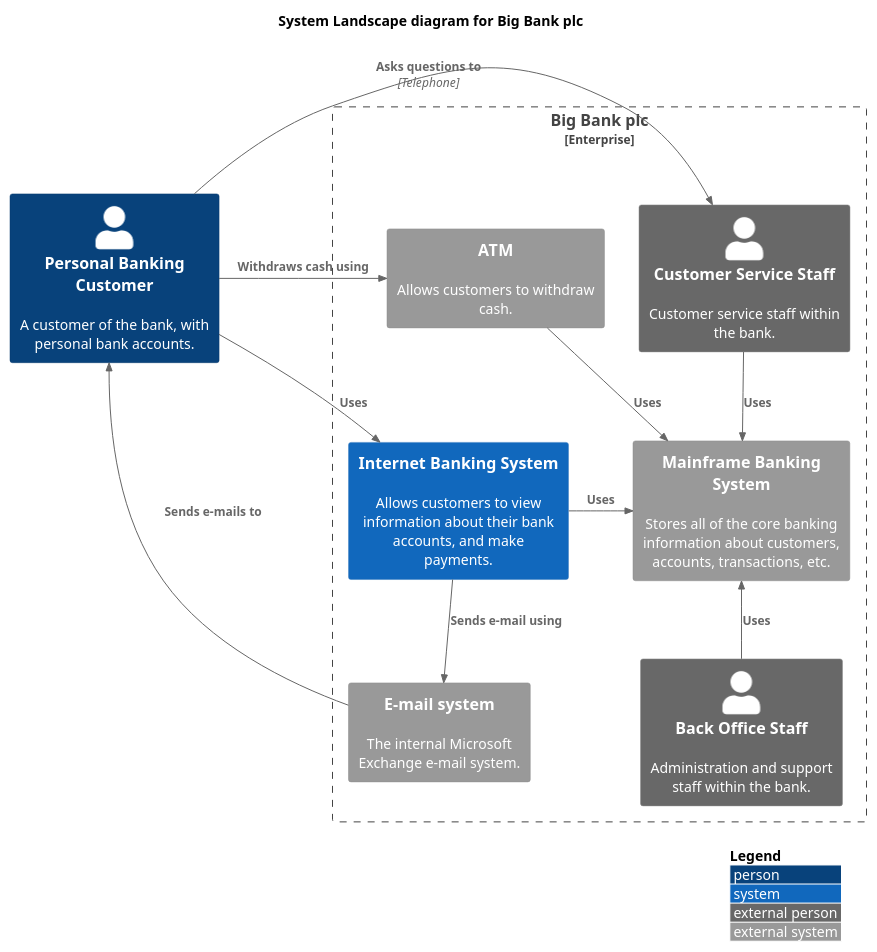
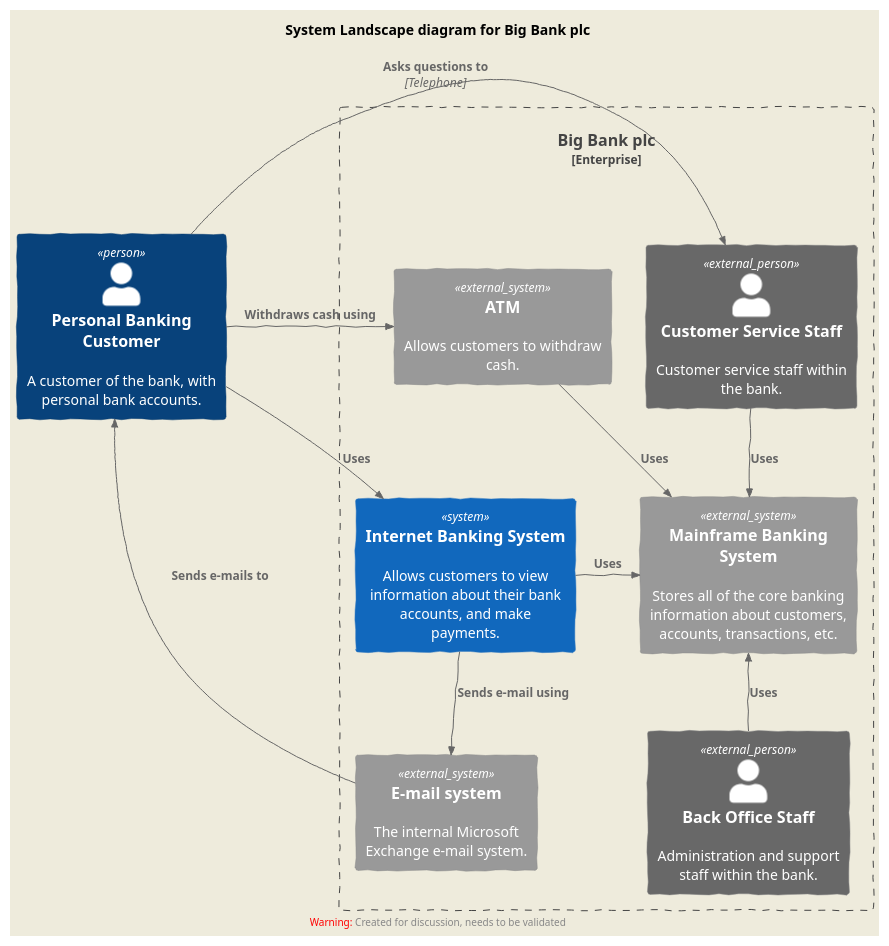
One commit to vfarah-if/DrawItExercises changed the diagram in 01-system/advanced-context.puml. Above: the diagram before and after it, drawn with PlantUML. The commit also changed 1 other file, not shown here.

Commit message:
Fix some issues within the existing diagram

```diff
--- a/01-system/advanced-context.puml
+++ b/01-system/advanced-context.puml
@@ -1,42 +1,42 @@
 @startuml
 !include https://raw.githubusercontent.com/plantuml-stdlib/C4-PlantUML/master/C4_Context.puml
 ' uncomment the following line and comment the first to use locally
 ' !include C4_Context.puml
 
 ' LAYOUT_TOP_DOWN()
-' LAYOUT_AS_SKETCH()
-LAYOUT_WITH_LEGEND()
+LAYOUT_AS_SKETCH()
+' LAYOUT_WITH_LEGEND()
 
 title System Landscape diagram for Big Bank plc
 
 Person(customer, "Personal Banking Customer", "A customer of the bank, with personal bank accounts.")
 
 Enterprise_Boundary(c0, "Big Bank plc") {
     System(banking_system, "Internet Banking System", "Allows customers to view information about their bank accounts, and make payments.")
 
     System_Ext(atm, "ATM", "Allows customers to withdraw cash.")
     System_Ext(mail_system, "E-mail system", "The internal Microsoft Exchange e-mail system.")
 
     System_Ext(mainframe, "Mainframe Banking System", "Stores all of the core banking information about customers, accounts, transactions, etc.")
 
     Person_Ext(customer_service, "Customer Service Staff", "Customer service staff within the bank.")
     Person_Ext(back_office, "Back Office Staff", "Administration and support staff within the bank.")
 }
 
 Rel_Neighbor(customer, banking_system, "Uses")
 Rel_R(customer, atm, "Withdraws cash using")
 Rel_Back(customer, mail_system, "Sends e-mails to")
 
 Rel_R(customer, customer_service, "Asks questions to", "Telephone")
 
 Rel_D(banking_system, mail_system, "Sends e-mail using")
 Rel_R(atm, mainframe, "Uses")
 Rel_R(banking_system, mainframe, "Uses")
 Rel_D(customer_service, mainframe, "Uses")
 Rel_U(back_office, mainframe, "Uses")
 
 Lay_D(atm, banking_system)
 
 Lay_D(atm, customer)
 Lay_U(mail_system, customer)
 @enduml
```
